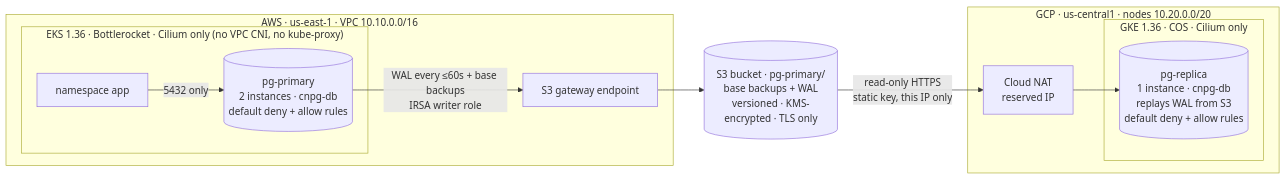
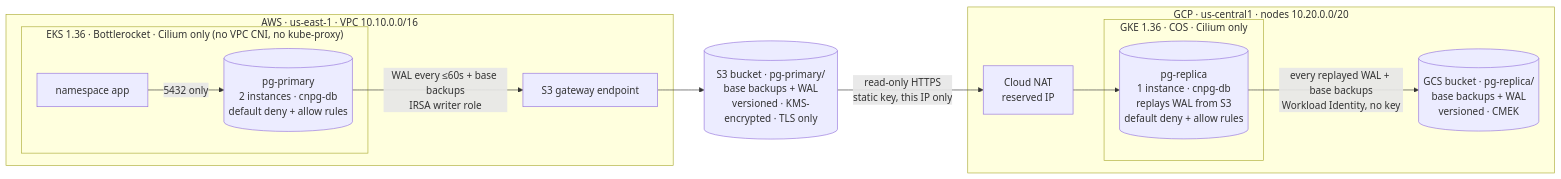
One commit to william-stewart/poc-multicloud-postgres changed the diagram in README.md. Above: the diagram before and after it, drawn with Mermaid. The commit also changed other lines of this file and 10 other files, not shown here.

First line of the commit message:
feat(k8s/data): archive and back up pg-replica to GCS

````diff
--- a/README.md
+++ b/README.md
@@ -8,25 +9,27 @@
 ```mermaid
 flowchart LR
   subgraph AWS["AWS · us-east-1 · VPC 10.10.0.0/16"]
     subgraph EKS["EKS 1.36 · Bottlerocket · Cilium only (no VPC CNI, no kube-proxy)"]
       app["namespace app"]
       primary[("pg-primary<br/>2 instances · cnpg-db<br/>default deny + allow rules")]
     end
     vpce["S3 gateway endpoint"]
   end
 
   s3[("S3 bucket · pg-primary/<br/>base backups + WAL<br/>versioned · KMS-encrypted · TLS only")]
 
   subgraph GCP["GCP · us-central1 · nodes 10.20.0.0/20"]
     subgraph GKE["GKE 1.36 · COS · Cilium only"]
       replica[("pg-replica<br/>1 instance · cnpg-db<br/>replays WAL from S3<br/>default deny + allow rules")]
     end
     nat["Cloud NAT<br/>reserved IP"]
+    gcs[("GCS bucket · pg-replica/<br/>base backups + WAL<br/>versioned · CMEK")]
   end
 
   app -- "5432 only" --> primary
   primary -- "WAL every ≤60s + base backups<br/>IRSA writer role" --> vpce
   vpce --> s3
   s3 -- "read-only HTTPS<br/>static key, this IP only" --> nat
   nat --> replica
+  replica -- "every replayed WAL + base backups<br/>Workload Identity, no key" --> gcs
 ```
````
